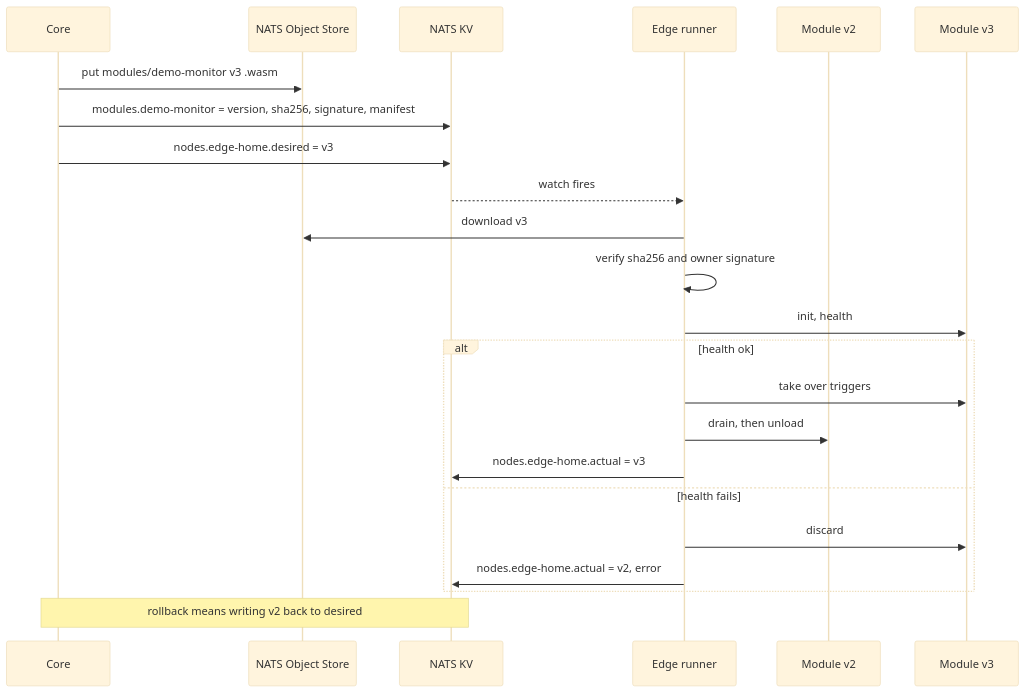
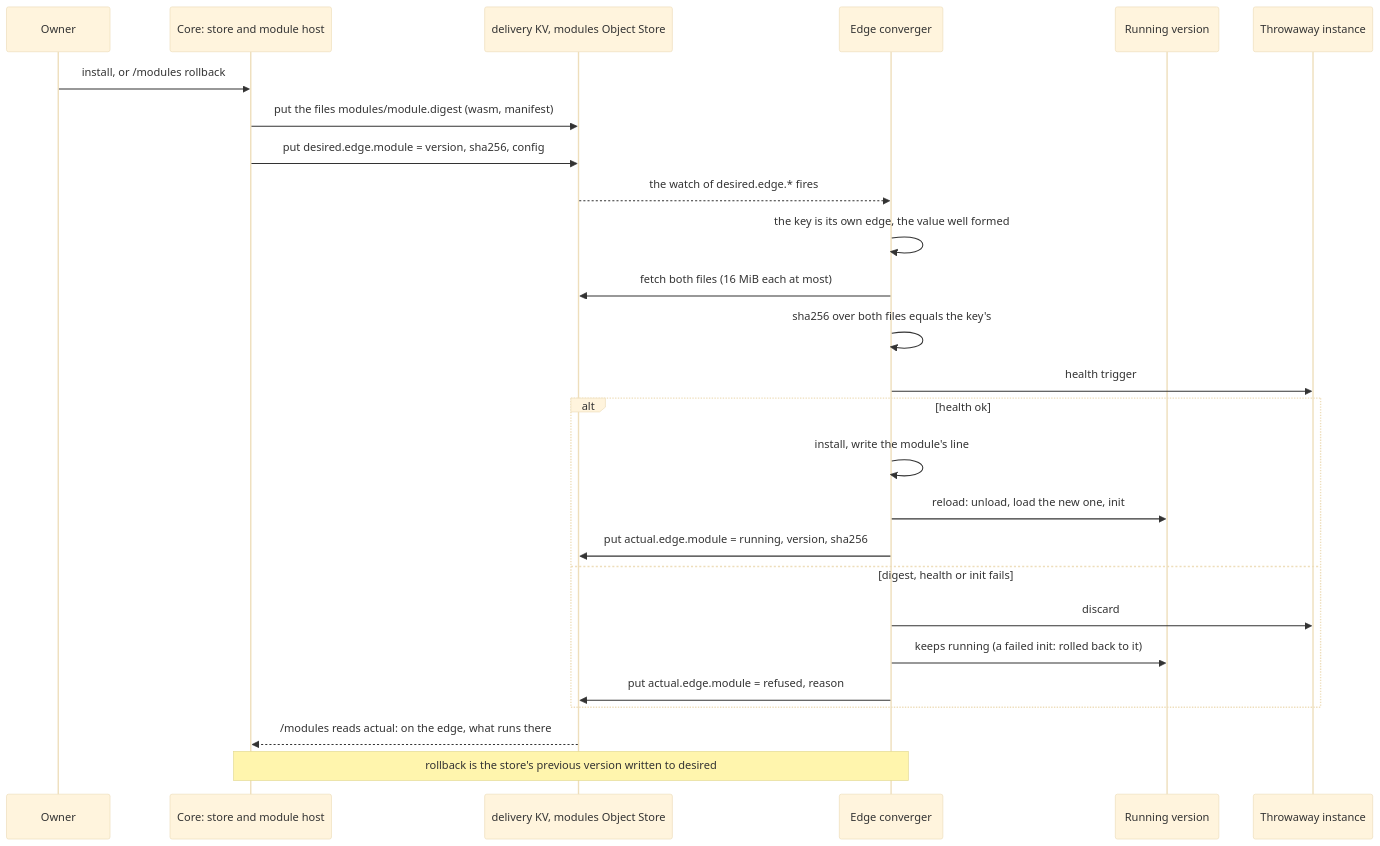
Diagram 15 of 16 in docs/architecture/04-runtime.md (igorrius/ganglion), drawn with Mermaid (base theme) before and after one commit. The commit also changed other lines of this file and 41 other files, not shown here.

First line of the commit message:
bus, natsbus, edge, modhost, modstore: deliver modules to edges by desired state (#323)

````diff
--- a/docs/architecture/04-runtime.md
+++ b/docs/architecture/04-runtime.md
@@ -607,26 +612,29 @@
 ```mermaid
 sequenceDiagram
-    participant Core as Core
-    participant OS as NATS Object Store
-    participant KV as NATS KV
-    participant E as Edge runner
-    participant Old as Module v2
-    participant New as Module v3
+    participant O as Owner
+    participant C as Core: store and module host
+    participant D as delivery KV, modules Object Store
+    participant E as Edge converger
+    participant Old as Running version
+    participant New as Throwaway instance
 
-    Core->>OS: put modules/demo-monitor v3 .wasm
-    Core->>KV: modules.demo-monitor = version, sha256, signature, manifest
-    Core->>KV: nodes.edge-home.desired = v3
-    KV-->>E: watch fires
-    E->>OS: download v3
-    E->>E: verify sha256 and owner signature
-    E->>New: init, health
+    O->>C: install, or /modules rollback
+    C->>D: put the files modules/module.digest (wasm, manifest)
+    C->>D: put desired.edge.module = version, sha256, config
+    D-->>E: the watch of desired.edge.* fires
+    E->>E: the key is its own edge, the value well formed
+    E->>D: fetch both files (16 MiB each at most)
+    E->>E: sha256 over both files equals the key's
+    E->>New: health trigger
     alt health ok
-        E->>New: take over triggers
-        E->>Old: drain, then unload
-        E->>KV: nodes.edge-home.actual = v3
-    else health fails
+        E->>E: install, write the module's line
+        E->>Old: reload: unload, load the new one, init
+        E->>D: put actual.edge.module = running, version, sha256
+    else digest, health or init fails
         E->>New: discard
-        E->>KV: nodes.edge-home.actual = v2, error
+        E->>Old: keeps running (a failed init: rolled back to it)
+        E->>D: put actual.edge.module = refused, reason
     end
-    Note over Core,KV: rollback means writing v2 back to desired
+    D-->>C: /modules reads actual: on the edge, what runs there
+    Note over C,E: rollback is the store's previous version written to desired
 ```
````
